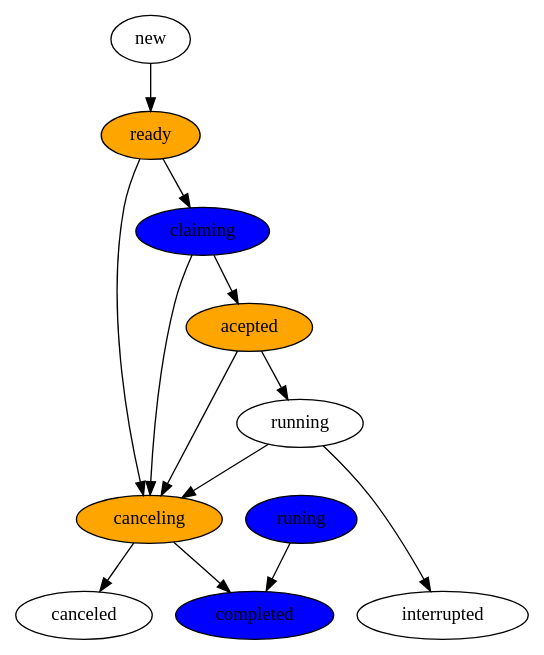
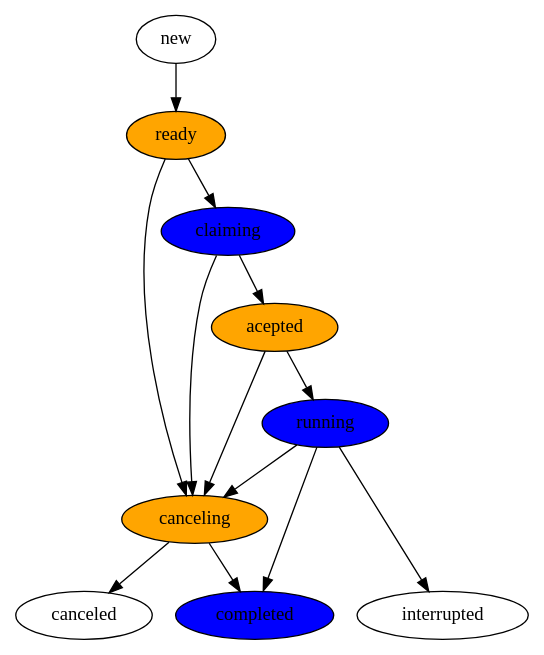
One commit to RonnyPfannschmidt-Attic/thesis-writing changed the diagram in imageinput/lebenszyklus-arbeitspaket.dot. Above: the diagram before and after it, drawn with Graphviz.

Commit message:
typos lebenzyklus arbeitspacket

```diff
--- a/imageinput/lebenszyklus-arbeitspaket.dot
+++ b/imageinput/lebenszyklus-arbeitspaket.dot
@@ -1,28 +1,28 @@
 digraph arbeitspacket {
     new -> ready;
-    runing -> completed;
+    running -> completed;
     ready-> canceling;
     claiming -> canceling; 
     acepted -> canceling;
     ready -> claiming -> acepted -> running;
     running -> canceling;
 
     subgraph final {
         rank="same";
         canceled;
         completed;
         interrupted;
     }
 
     canceling -> canceled;
     canceling -> completed;
     running -> interrupted;
 
 
     canceling [style=filled,fillcolor=orange];
     ready [style=filled,fillcolor=orange];
     claiming [style=filled,fillcolor=blue];
     acepted [style=filled,fillcolor=orange];
-    runing [style=filled,fillcolor=blue];
+    running [style=filled,fillcolor=blue];
     completed [style=filled,fillcolor=blue];
 }
```
